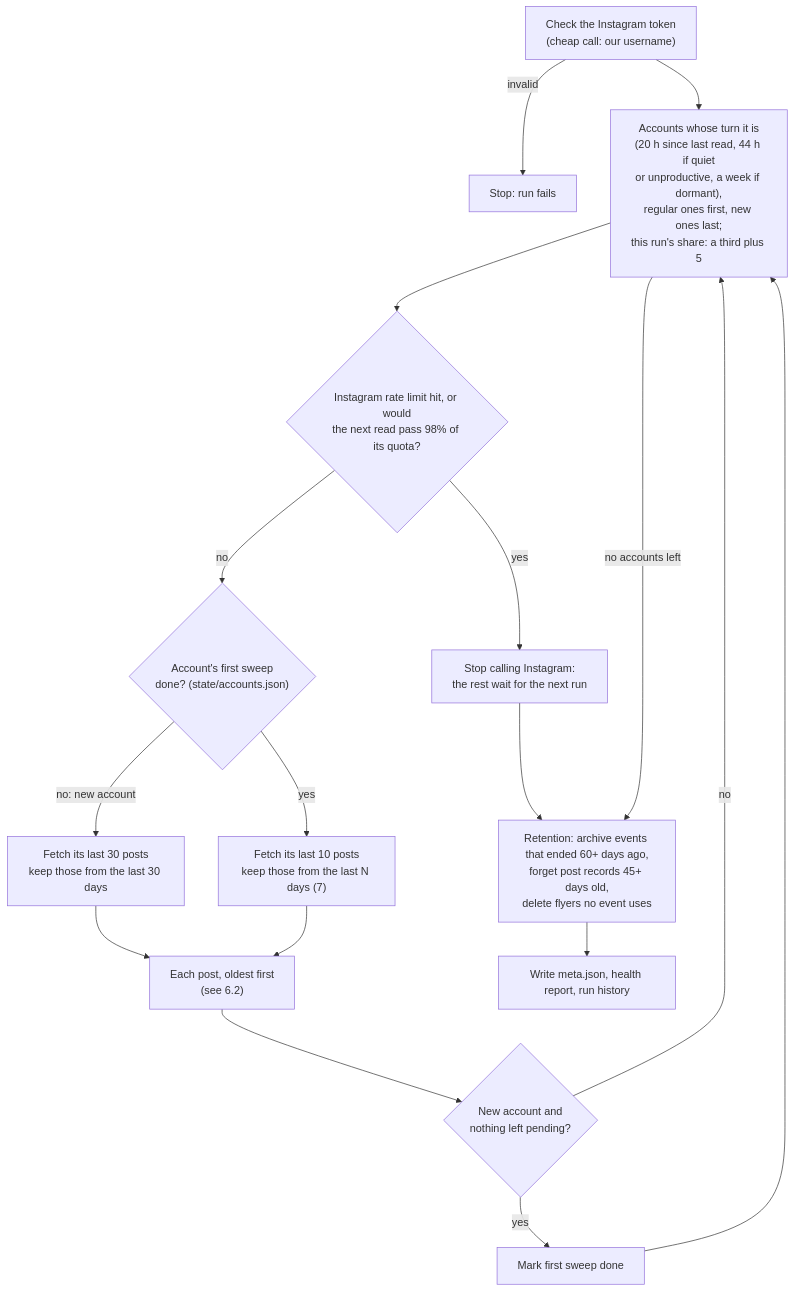
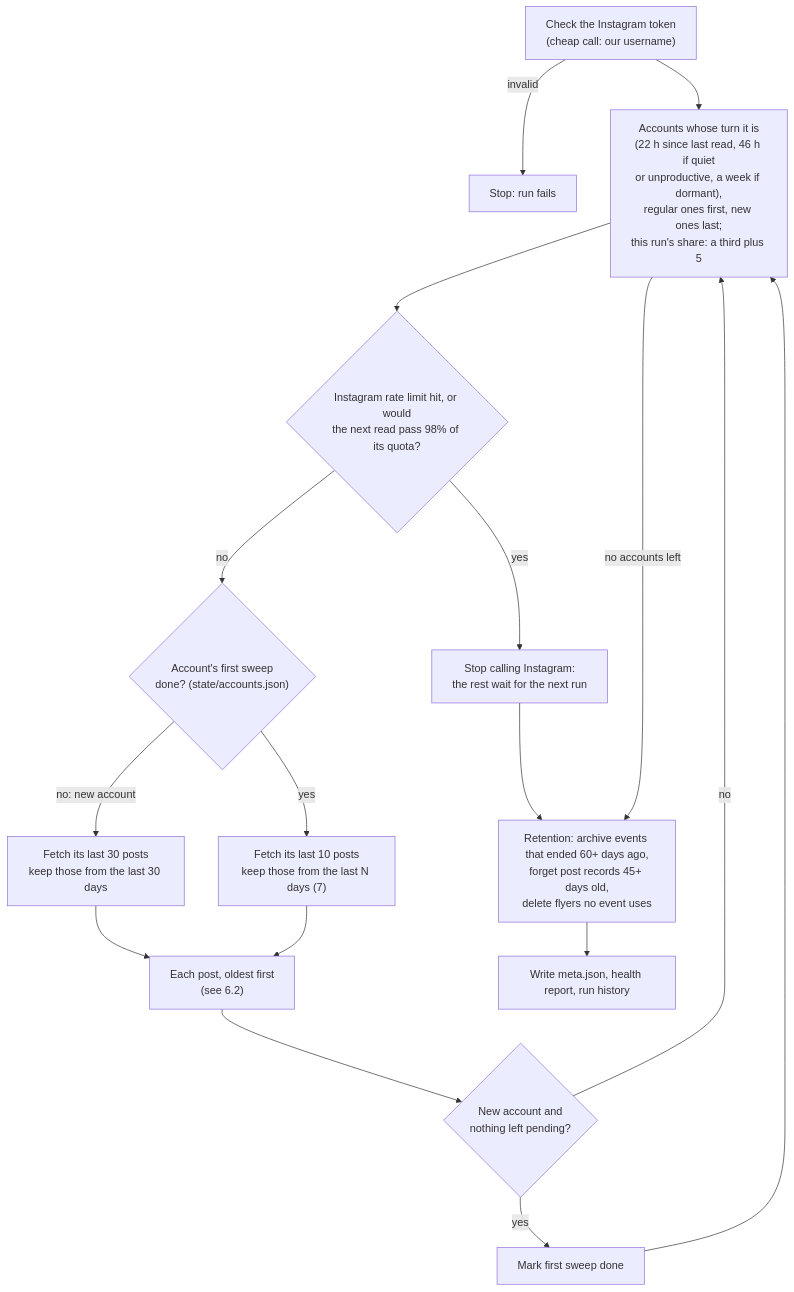
One commit to pa-bailar/backend changed the third of 12 diagrams in docs/ARCHITECTURE.md. Above: the diagram before and after it, drawn with Mermaid. The commit also changed other lines of this file and 13 other files, not shown here.

````diff
--- a/docs/ARCHITECTURE.md
+++ b/docs/ARCHITECTURE.md
@@ -489,19 +492,19 @@
 ```mermaid
 flowchart TD
     A["Check the Instagram token<br/>(cheap call: our username)"] -->|invalid| X["Stop: run fails"]
-    A --> B["Accounts whose turn it is<br/>(20 h since last read, 44 h if quiet<br/>or unproductive, a week if dormant),<br/>regular ones first, new ones last;<br/>this run's share: a third plus 5"]
+    A --> B["Accounts whose turn it is<br/>(22 h since last read, 46 h if quiet<br/>or unproductive, a week if dormant),<br/>regular ones first, new ones last;<br/>this run's share: a third plus 5"]
     B --> C{"Instagram rate limit hit, or would<br/>the next read pass 98% of its quota?"}
     C -->|yes| R["Stop calling Instagram:<br/>the rest wait for the next run"]
     C -->|no| D{"Account's first sweep<br/>done? (state/accounts.json)"}
     D -->|no: new account| E["Fetch its last 30 posts<br/>keep those from the last 30 days"]
     D -->|yes| F["Fetch its last 10 posts<br/>keep those from the last N days (7)"]
     E --> P["Each post, oldest first<br/>(see 6.2)"]
     F --> P
     P --> G{"New account and<br/>nothing left pending?"}
     G -->|yes| H["Mark first sweep done"]
     G -->|no| B
     H --> B
     R --> Z
     B -->|no accounts left| Z["Retention: archive events that ended 60+ days ago,<br/>forget post records 45+ days old,<br/>delete flyers no event uses"]
     Z --> M["Write meta.json, health report, run history"]
 ```
````
